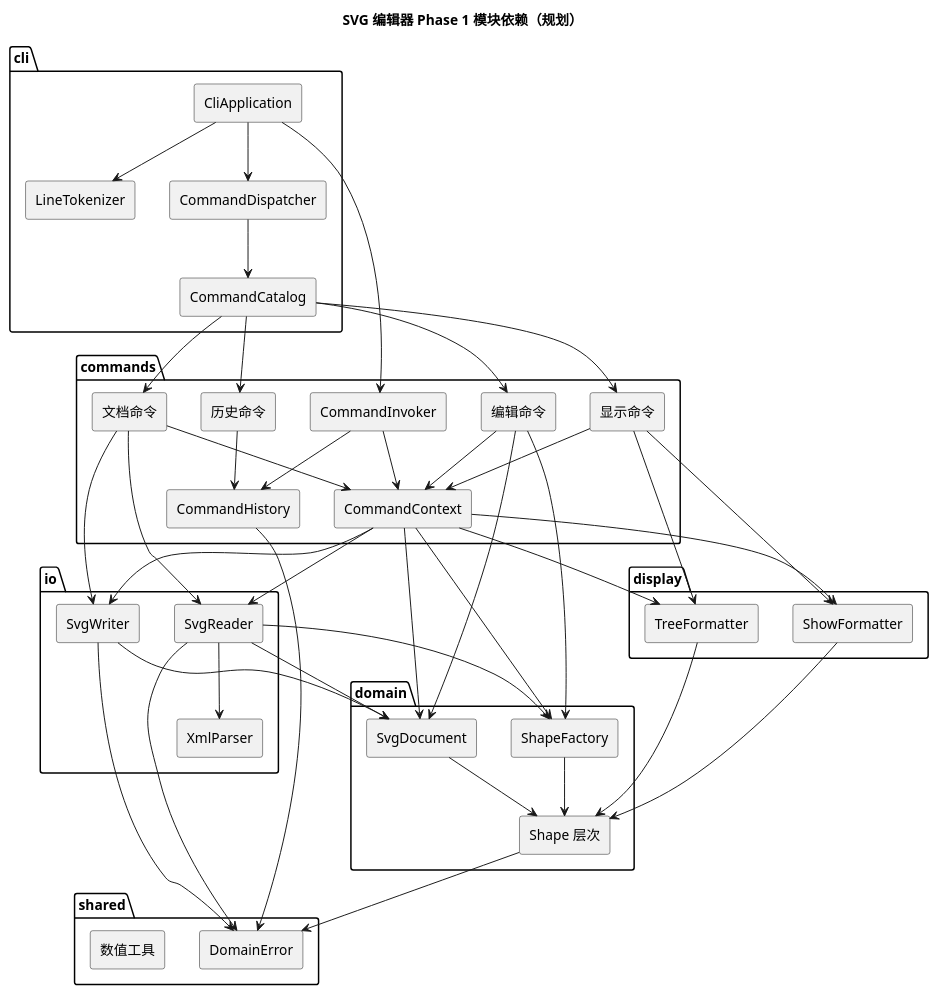
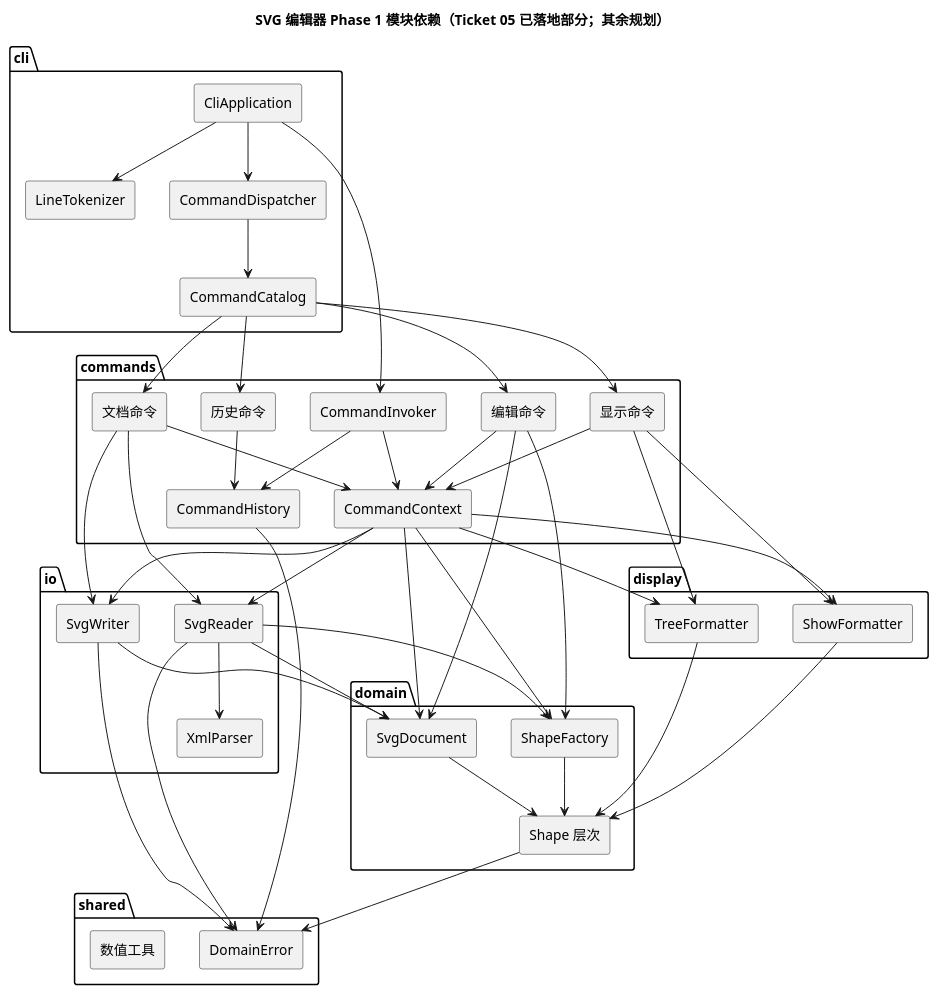
One commit to NQC233/svg-editor-lab1 changed the diagram in doc/architecture.puml. Above: the diagram before and after it, drawn with PlantUML. The commit also changed 1 other file, not shown here.

Commit message:
docs: align architecture status with ticket 05

```diff
--- a/doc/architecture.puml
+++ b/doc/architecture.puml
@@ -1,82 +1,82 @@
 @startuml
 skinparam componentStyle rectangle
-title SVG 编辑器 Phase 1 模块依赖（规划）
+title SVG 编辑器 Phase 1 模块依赖（Ticket 05 已落地部分；其余规划）
 
 package "cli" {
   [CliApplication]
   [CommandDispatcher]
   [CommandCatalog]
   [LineTokenizer]
 }
 
 package "commands" {
   [CommandInvoker]
   [CommandHistory]
   [CommandContext]
   [编辑命令]
   [文档命令]
   [显示命令]
   [历史命令]
 }
 
 package "domain" {
   [SvgDocument]
   [Shape 层次]
   [ShapeFactory]
 }
 
 package "io" {
   [SvgReader]
   [SvgWriter]
   [XmlParser]
 }
 
 package "display" {
   [TreeFormatter]
   [ShowFormatter]
 }
 
 package "shared" {
   [DomainError]
   [数值工具]
 }
 
 [CliApplication] --> [LineTokenizer]
 [CliApplication] --> [CommandDispatcher]
 [CliApplication] --> [CommandInvoker]
 [CommandDispatcher] --> [CommandCatalog]
 [CommandCatalog] --> [编辑命令]
 [CommandCatalog] --> [文档命令]
 [CommandCatalog] --> [显示命令]
 [CommandCatalog] --> [历史命令]
 [CommandInvoker] --> [CommandHistory]
 [CommandInvoker] --> [CommandContext]
 [编辑命令] --> [CommandContext]
 [文档命令] --> [CommandContext]
 [显示命令] --> [CommandContext]
 [历史命令] --> [CommandHistory]
 [CommandContext] --> [SvgDocument]
 [CommandContext] --> [SvgReader]
 [CommandContext] --> [SvgWriter]
 [CommandContext] --> [TreeFormatter]
 [CommandContext] --> [ShowFormatter]
 [CommandContext] --> [ShapeFactory]
 [编辑命令] --> [SvgDocument]
 [编辑命令] --> [ShapeFactory]
 [文档命令] --> [SvgReader]
 [文档命令] --> [SvgWriter]
 [显示命令] --> [TreeFormatter]
 [显示命令] --> [ShowFormatter]
 [SvgReader] --> [XmlParser]
 [SvgReader] --> [SvgDocument]
 [SvgReader] --> [ShapeFactory]
 [SvgWriter] --> [SvgDocument]
 [TreeFormatter] --> [Shape 层次]
 [ShowFormatter] --> [Shape 层次]
 [ShapeFactory] --> [Shape 层次]
 [SvgDocument] --> [Shape 层次]
 [Shape 层次] --> [DomainError]
 [SvgReader] --> [DomainError]
 [SvgWriter] --> [DomainError]
 [CommandHistory] --> [DomainError]
 @enduml
```
